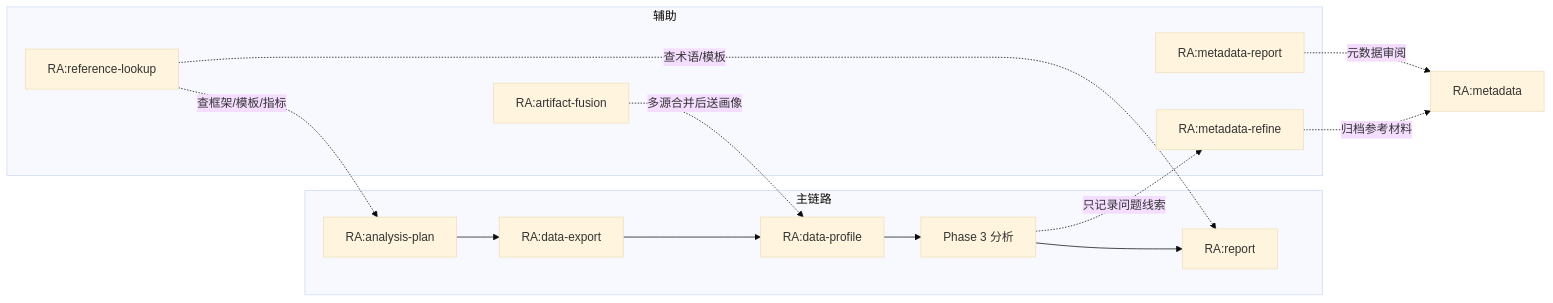
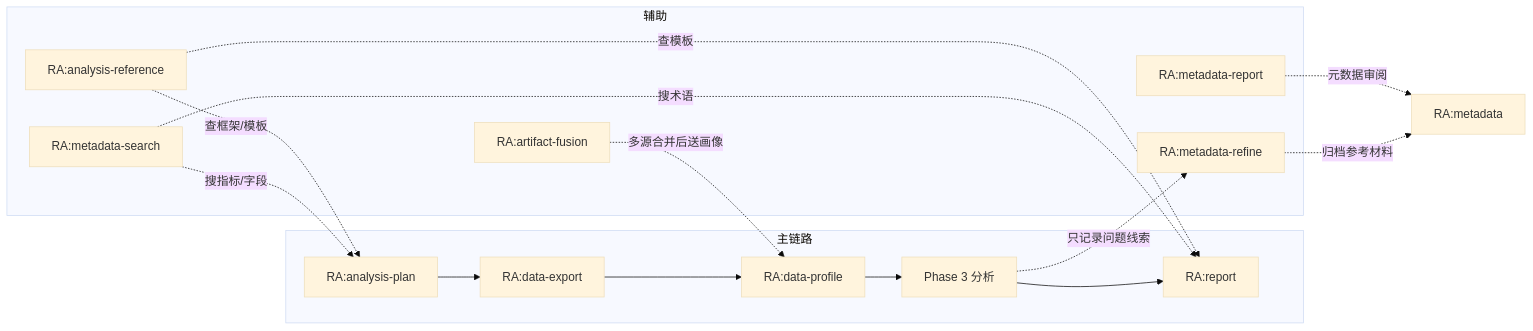
The fourth of 4 diagrams in skills/README.md (dabaige53/RealAnalyst), drawn with Mermaid (base theme) before and after one commit. The commit also changed other lines of this file and 36 other files, not shown here.

````diff
--- a/skills/README.md
+++ b/skills/README.md
@@ -239,23 +244,26 @@
 ```mermaid
 flowchart LR
     subgraph Main["主链路"]
         AP["RA:analysis-plan"] --> EX["RA:data-export"]
         EX --> DP["RA:data-profile"]
         DP --> Analysis["Phase 3 分析"]
         Analysis --> RPT["RA:report"]
     end
 
     subgraph Aux["辅助"]
-        RL["RA:reference-lookup"]
+        RL["RA:analysis-reference"]
+        MS["RA:metadata-search"]
         AF["RA:artifact-fusion"]
         MR["RA:metadata-report"]
         REF["RA:metadata-refine"]
     end
 
-    RL -.->|查框架/模板/指标| AP
-    RL -.->|查术语/模板| RPT
+    RL -.->|查框架/模板| AP
+    RL -.->|查模板| RPT
+    MS -.->|搜指标/字段| AP
+    MS -.->|搜术语| RPT
     AF -.->|多源合并后送画像| DP
     MR -.->|元数据审阅| M["RA:metadata"]
     Analysis -.->|只记录问题线索| REF
     REF -.->|归档参考材料| M
 ```
````
